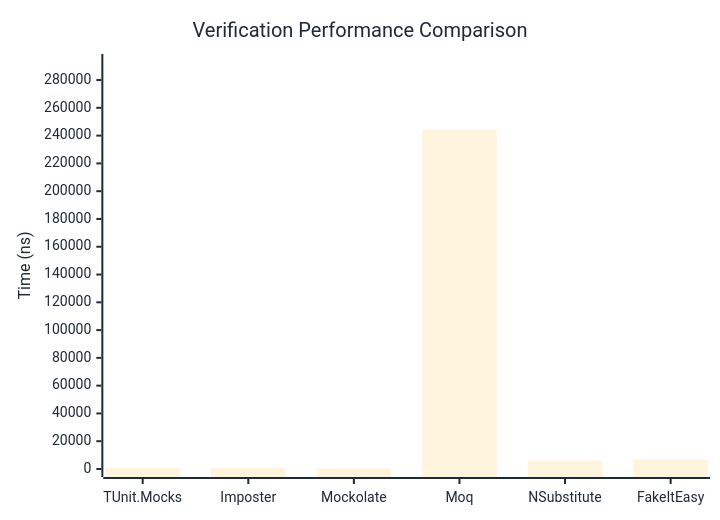
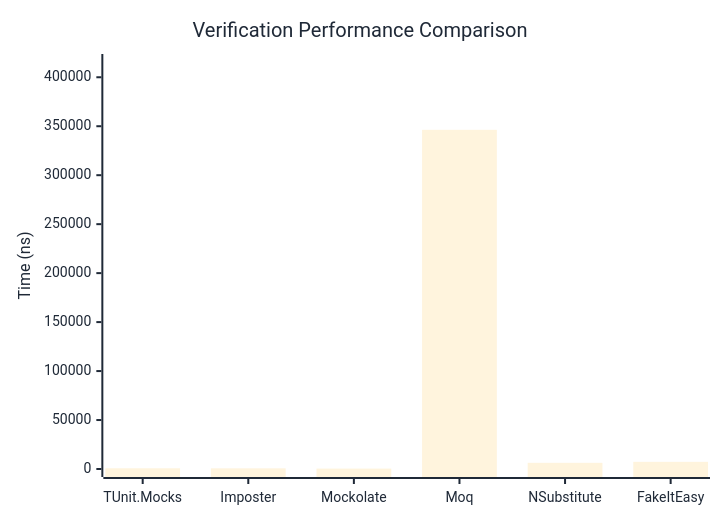
The first of 3 diagrams in docs/docs/benchmarks/mocks/Verification.md (thomhurst/TUnit), drawn with Mermaid before and after one commit. The commit also changed other lines of this file and 14 other files, not shown here.

````diff
--- a/docs/docs/benchmarks/mocks/Verification.md
+++ b/docs/docs/benchmarks/mocks/Verification.md
@@ -28,27 +28,27 @@
 ```mermaid
 %%{init: {
   'theme':'base',
   'themeVariables': {
     'primaryColor': '#2563eb',
     'primaryTextColor': '#1f2937',
     'primaryBorderColor': '#1e40af',
     'lineColor': '#6b7280',
     'secondaryColor': '#7c3aed',
     'tertiaryColor': '#dc2626',
     'background': '#ffffff',
     'pie1': '#2563eb',
     'pie2': '#7c3aed',
     'pie3': '#dc2626',
     'pie4': '#f59e0b',
     'pie5': '#10b981',
     'pie6': '#06b6d4',
     'pie7': '#ec4899',
     'pie8': '#6366f1'
   }
 }}%%
 xychart-beta
   title "Verification Performance Comparison"
   x-axis ["TUnit.Mocks", "Imposter", "Mockolate", "Moq", "NSubstitute", "FakeItEasy"]
-  y-axis "Time (ns)" 0 --> 292996
-  bar [748.5, 697.96, 409.36, 244163.13, 5962.74, 6663.36]
+  y-axis "Time (ns)" 0 --> 415579
+  bar [733.68, 693.6, 409.47, 346315.18, 6314.81, 7314.49]
 ```
````
